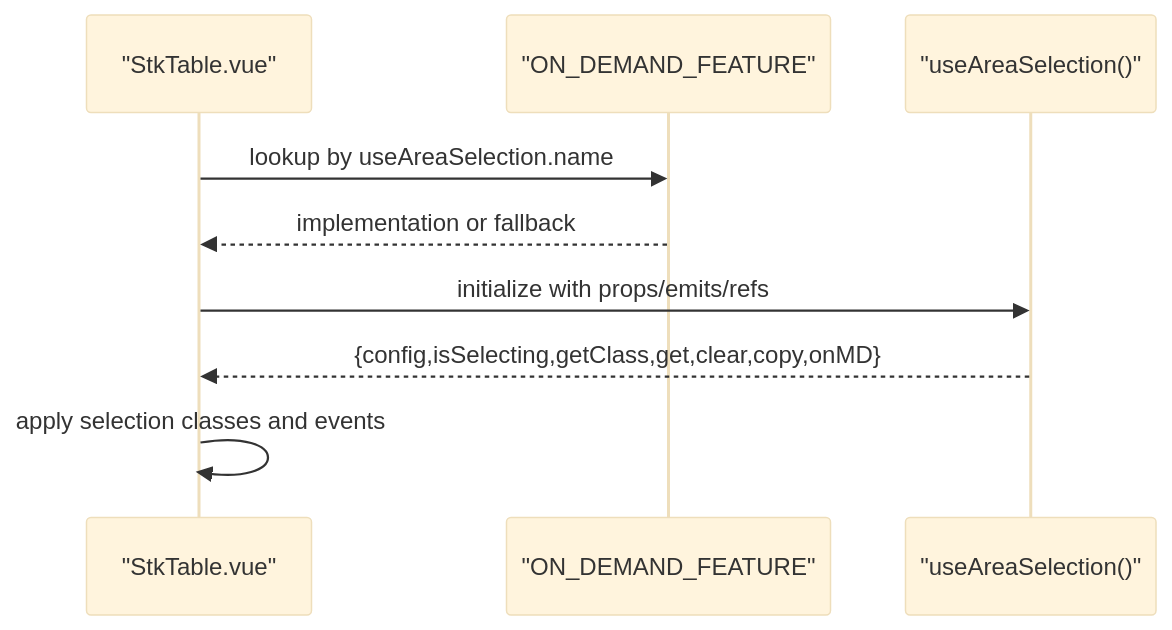
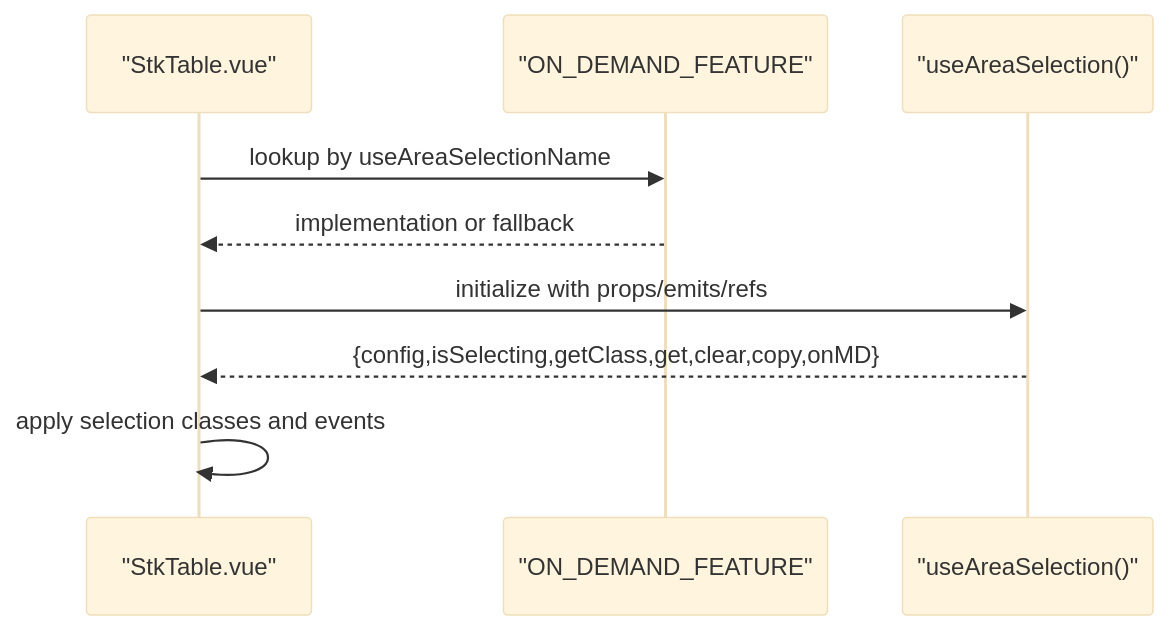
The fifth of 6 diagrams in .qoder/repowiki/en/content/Core Concepts/On-Demand Feature Registration.md (ja-plus/stk-table-vue), drawn with Mermaid (base theme) before and after one commit. The commit also changed other lines of this file and 2 other files, not shown here.

````diff
--- a/.qoder/repowiki/en/content/Core Concepts/On-Demand Feature Registration.md
+++ b/.qoder/repowiki/en/content/Core Concepts/On-Demand Feature Registration.md
@@ -192,11 +230,11 @@
 ```mermaid
 sequenceDiagram
 participant STK as "StkTable.vue"
 participant REG as "ON_DEMAND_FEATURE"
 participant UAS as "useAreaSelection()"
-STK->>REG : lookup by useAreaSelection.name
+STK->>REG : lookup by useAreaSelectionName
 REG-->>STK : implementation or fallback
 STK->>UAS : initialize with props/emits/refs
 UAS-->>STK : {config,isSelecting,getClass,get,clear,copy,onMD}
 STK->>STK : apply selection classes and events
 ```
````
